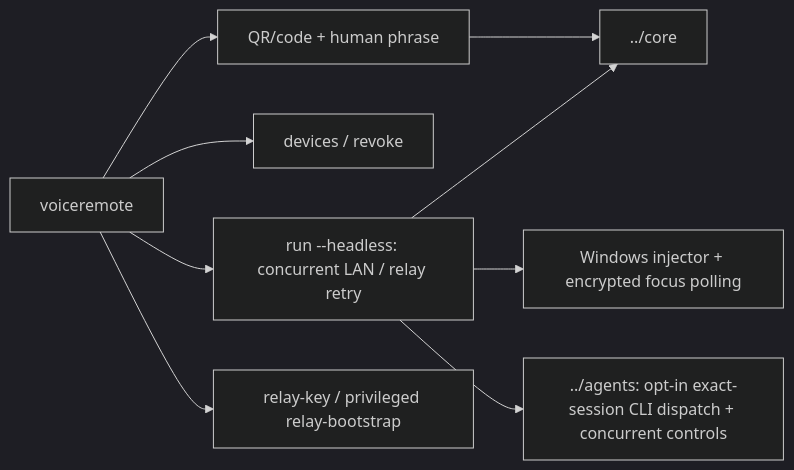
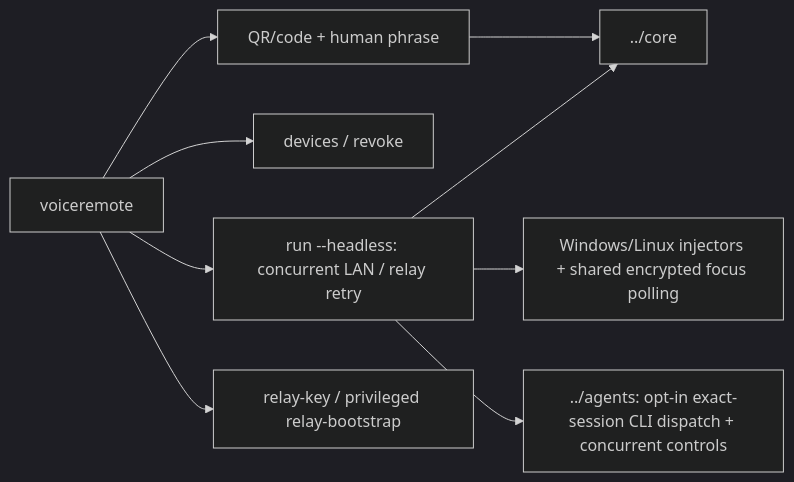
One commit to Harwasch/voiceremote changed the diagram in SW/desktop/crates/app/README.md. Above: the diagram before and after it, drawn with Mermaid (dark theme). The commit also changed other lines of this file and 28 other files, not shown here.

Commit message:
SW: Linux text injection and focus report

````diff
--- a/SW/desktop/crates/app/README.md
+++ b/SW/desktop/crates/app/README.md
@@ -1,10 +1,10 @@
 ```mermaid
 flowchart LR
     CLI[voiceremote] --> Pair[QR/code + human phrase]
     CLI --> Registry[devices / revoke]
     CLI --> Run[run --headless: concurrent LAN / relay retry]
     CLI --> Relay[relay-key / privileged relay-bootstrap]
     Pair & Run --> Core[../core]
-    Run --> Windows[Windows injector + encrypted focus polling]
+    Run --> Desktop[Windows/Linux injectors + shared encrypted focus polling]
     Run --> Agents[../agents: opt-in exact-session CLI dispatch + concurrent controls]
 ```
````
